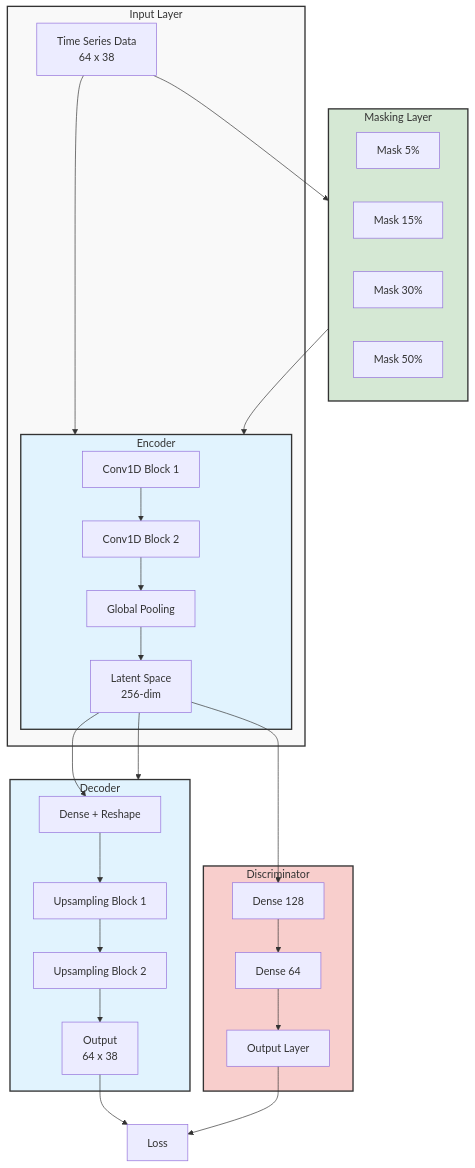
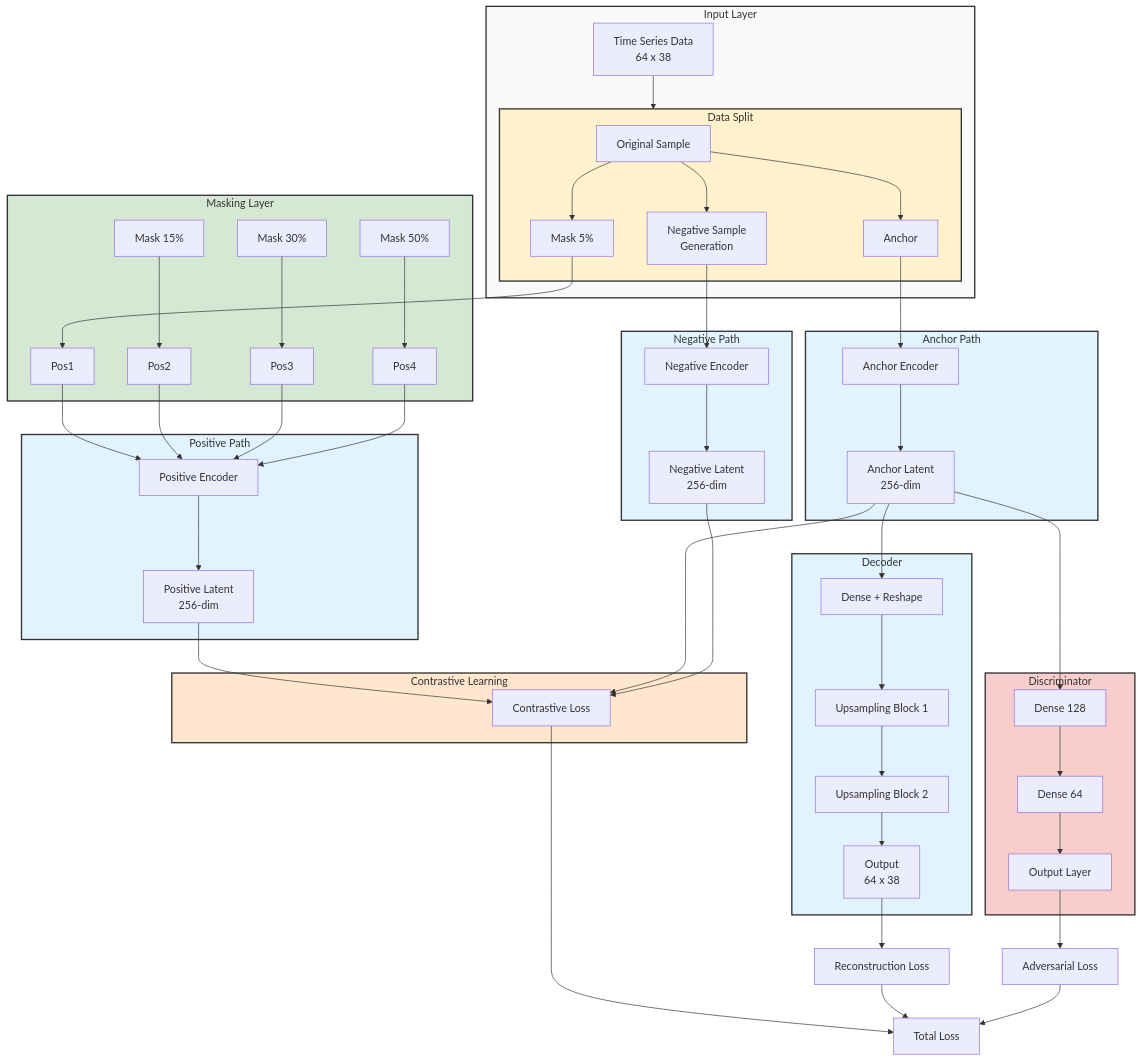
The diagram in docs/model_architecture.md (se-queda/acae), drawn with Mermaid before and after one commit. The commit also changed other lines of this file, not shown here.

Commit message:
Update model architecture diagram and explanation

````diff
--- a/docs/model_architecture.md
+++ b/docs/model_architecture.md
@@ -3,44 +3,67 @@
 ```mermaid
 flowchart TD
     subgraph Input["Input Layer"]
-        I[Time Series Data<br/>64 x 38] --> E
+        I[Time Series Data<br/>64 x 38] --> Split
     end
 
-    subgraph E["Encoder"]
-        E1[Conv1D Block 1] --> E2[Conv1D Block 2]
-        E2 --> E3[Global Pooling]
-        E3 --> L[Latent Space<br/>256-dim]
+    subgraph Split["Data Split"]
+        S1[Original Sample] --> M1
+        S1 --> Anchor
+        S1 --> NegGen[Negative Sample<br/>Generation]
     end
 
-    subgraph D["Decoder"]
-        L --> D1[Dense + Reshape]
+    subgraph Masking["Masking Layer"]
+        M1[Mask 5%] --> Pos1
+        M2[Mask 15%] --> Pos2
+        M3[Mask 30%] --> Pos3
+        M4[Mask 50%] --> Pos4
+    end
+
+    subgraph PosPath["Positive Path"]
+        Pos1 & Pos2 & Pos3 & Pos4 --> PE[Positive Encoder]
+        PE --> PL[Positive Latent<br/>256-dim]
+    end
+
+    subgraph AnchorPath["Anchor Path"]
+        Anchor --> AE[Anchor Encoder]
+        AE --> AL[Anchor Latent<br/>256-dim]
+    end
+
+    subgraph NegPath["Negative Path"]
+        NegGen --> NE[Negative Encoder]
+        NE --> NL[Negative Latent<br/>256-dim]
+    end
+
+    subgraph ContrastiveLearning["Contrastive Learning"]
+        PL & AL & NL --> CL[Contrastive Loss]
+    end
+
+    subgraph Decoder["Decoder"]
+        AL --> D1[Dense + Reshape]
         D1 --> D2[Upsampling Block 1]
         D2 --> D3[Upsampling Block 2]
         D3 --> O[Output<br/>64 x 38]
     end
 
-    subgraph DIS["Discriminator"]
-        L --> DIS1[Dense 128]
+    subgraph Discriminator["Discriminator"]
+        AL --> DIS1[Dense 128]
         DIS1 --> DIS2[Dense 64]
         DIS2 --> DIS3[Output Layer]
     end
 
-    subgraph Masking["Masking Layer"]
-        M1[Mask 5%]
-        M2[Mask 15%]
-        M3[Mask 30%]
-        M4[Mask 50%]
-    end
-
-    I --> Masking
-    Masking --> E
-    L --> D
-    O --> Loss
-    DIS3 --> Loss
+    O --> RecLoss[Reconstruction Loss]
+    DIS3 --> AdvLoss[Adversarial Loss]
+    CL --> TotalLoss[Total Loss]
+    RecLoss --> TotalLoss
+    AdvLoss --> TotalLoss
 
     style Input fill:#f9f9f9,stroke:#333,stroke-width:2px
-    style E fill:#e1f3fe,stroke:#333,stroke-width:2px
-    style D fill:#e1f3fe,stroke:#333,stroke-width:2px
-    style DIS fill:#f8cecc,stroke:#333,stroke-width:2px
+    style Split fill:#fff2cc,stroke:#333,stroke-width:2px
     style Masking fill:#d5e8d4,stroke:#333,stroke-width:2px
+    style PosPath fill:#e1f3fe,stroke:#333,stroke-width:2px
+    style AnchorPath fill:#e1f3fe,stroke:#333,stroke-width:2px
+    style NegPath fill:#e1f3fe,stroke:#333,stroke-width:2px
+    style ContrastiveLearning fill:#ffe6cc,stroke:#333,stroke-width:2px
+    style Decoder fill:#e1f3fe,stroke:#333,stroke-width:2px
+    style Discriminator fill:#f8cecc,stroke:#333,stroke-width:2px
 ```
````
